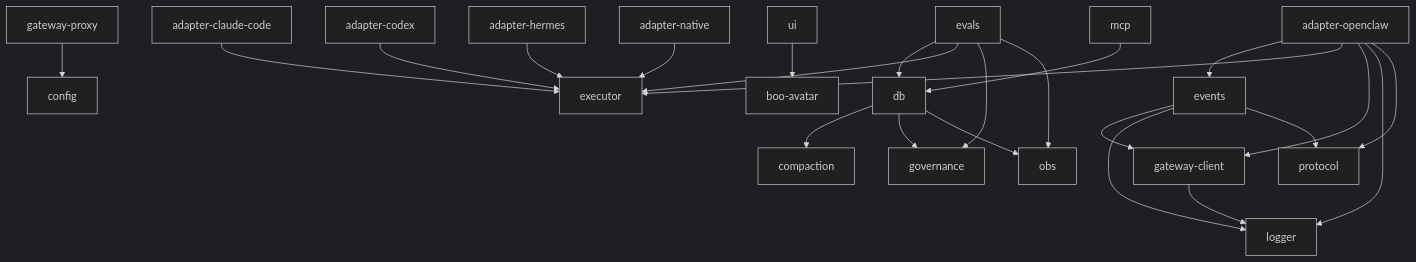
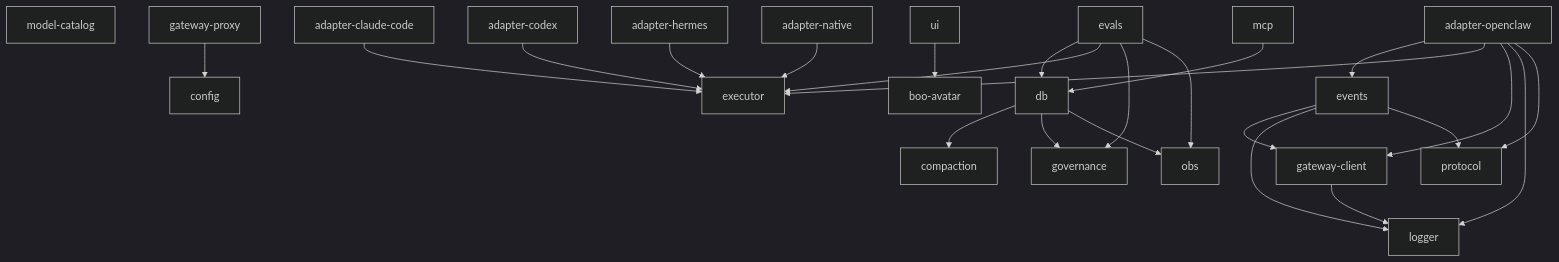
The diagram in docs/reference/packages/index.md (clawboo/clawboo), drawn with Mermaid (dark theme) before and after one commit. The commit also changed other lines of this file and 26 other files, not shown here.

First line of the commit message:
feat(lint): enforce layer boundaries and update model catalog dependencies

````diff
--- a/docs/reference/packages/index.md
+++ b/docs/reference/packages/index.md
@@ -50,36 +51,37 @@
 ```mermaid
 graph TD
   logger[logger]
   protocol[protocol]
   config[config]
   obs[obs]
   governance[governance]
   compaction[compaction]
   executor[executor]
+  model-catalog[model-catalog]
   boo-avatar[boo-avatar]
 
   gateway-client[gateway-client] --> logger
   events[events] --> gateway-client
   events --> logger
   events --> protocol
   gateway-proxy[gateway-proxy] --> config
   db[db] --> compaction
   db --> governance
   db --> obs
   mcp[mcp] --> db
   evals[evals] --> db
   evals --> executor
   evals --> governance
   evals --> obs
   ui[ui] --> boo-avatar
 
   adapter-openclaw[adapter-openclaw] --> events
   adapter-openclaw --> executor
   adapter-openclaw --> gateway-client
   adapter-openclaw --> logger
   adapter-openclaw --> protocol
   adapter-claude-code[adapter-claude-code] --> executor
   adapter-codex[adapter-codex] --> executor
   adapter-hermes[adapter-hermes] --> executor
   adapter-native[adapter-native] --> executor
 ```
````
